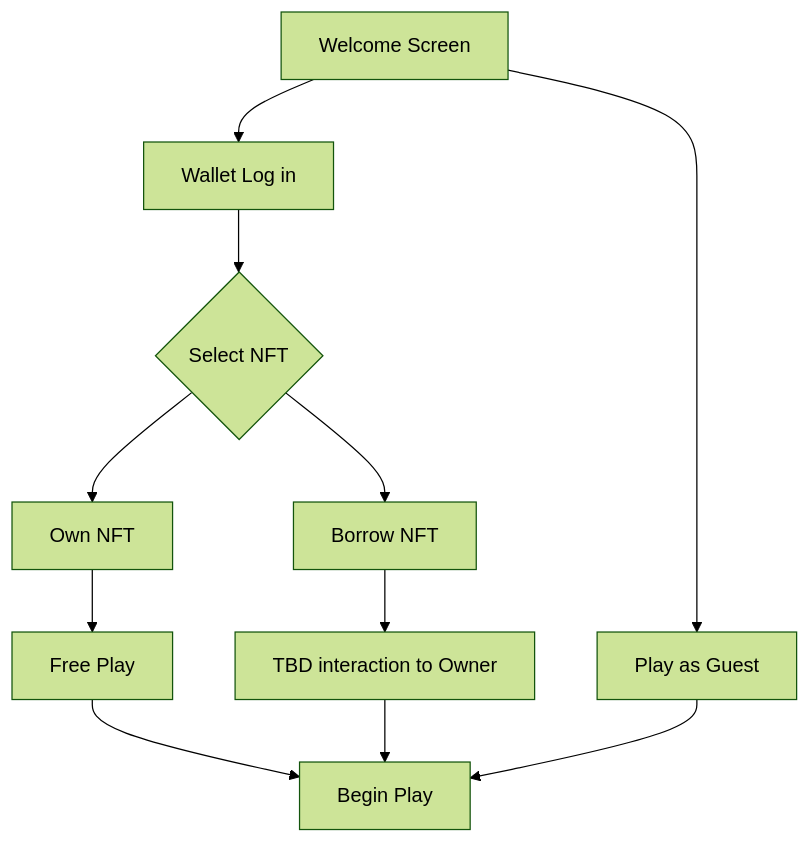
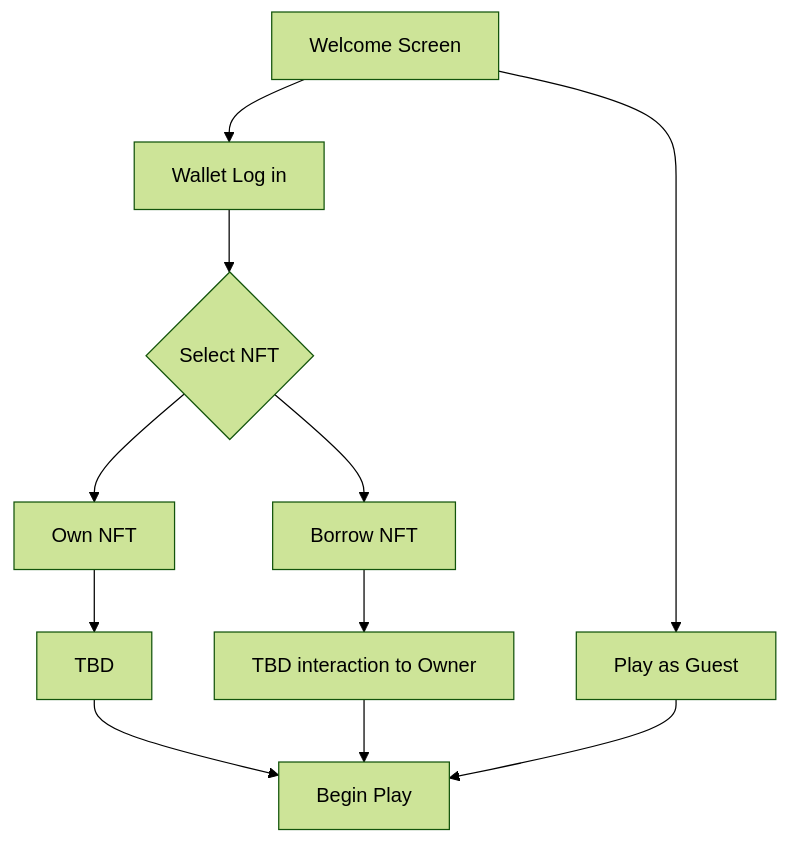
One commit to OnChainSurvivor/OnChainSurvivor changed the second of 4 diagrams in README.md. Above: the diagram before and after it, drawn with Mermaid (forest theme). The commit also changed other lines of this file, not shown here.

````diff
--- a/README.md
+++ b/README.md
@@ -121,13 +121,13 @@
   ```mermaid
   graph TD
 A[Welcome Screen] --> B[Wallet Log in]
 A --> C[Play as Guest]
 B --> D{Select NFT}
 D --> E[Own NFT]
 D --> F[Borrow NFT]
-E --> G[Free Play]
+E --> G[TBD]
 F --> H[TBD interaction to Owner]
 G --> I[Begin Play]
 H --> I
 C --> I
 ```
````
